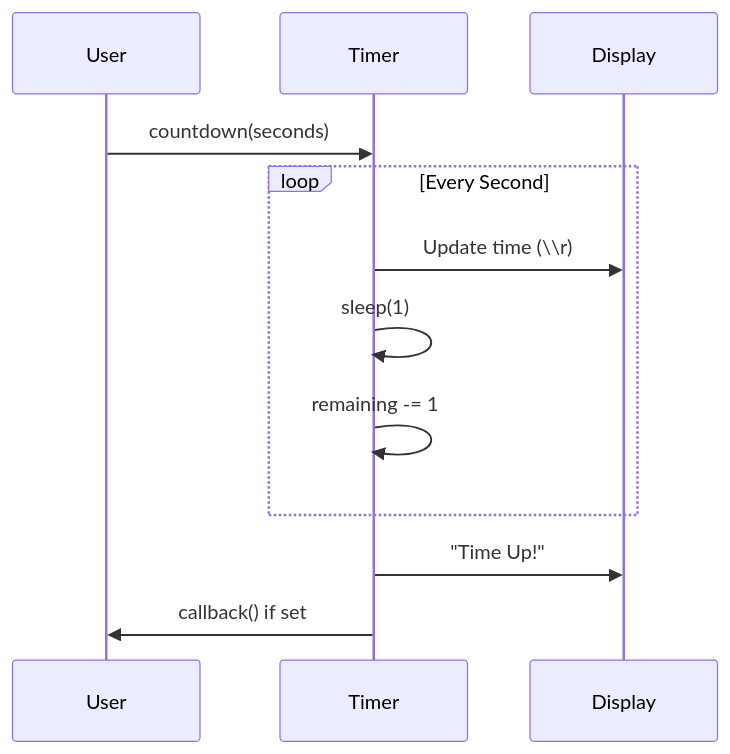
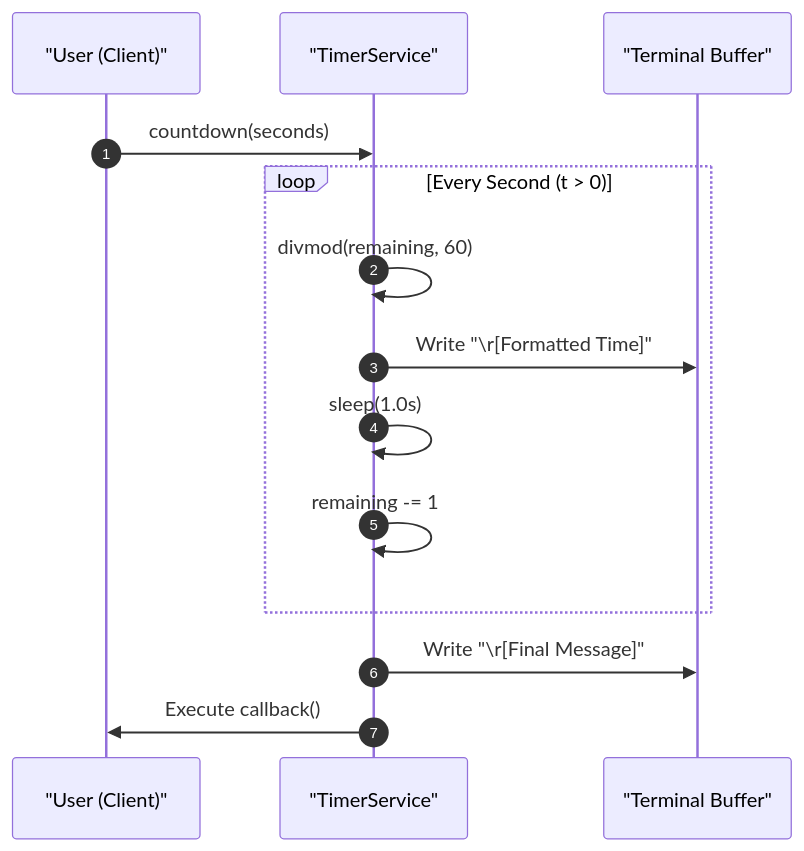
Before and after one commit to Amey-Thakur/PYTHON-SHORTS: the first of 2 diagrams in Source Code/Timer/README.md, drawn with Mermaid. The commit also changed other lines of this file and 1 other file, not shown here.

Commit message:
Python Shorts

````diff
--- a/Source Code/Timer/README.md
+++ b/Source Code/Timer/README.md
@@ -58,15 +61,17 @@
 ```mermaid
 sequenceDiagram
-    participant User
-    participant Timer
-    participant Display
+    autonumber
+    participant U as "User (Client)"
+    participant T as "TimerService"
+    participant D as "Terminal Buffer"
     
-    User->>Timer: countdown(seconds)
-    loop Every Second
-        Timer->>Display: Update time (\\r)
-        Timer->>Timer: sleep(1)
-        Timer->>Timer: remaining -= 1
+    U->>T: countdown(seconds)
+    loop Every Second (t > 0)
+        T->>T: divmod(remaining, 60)
+        T->>D: Write "\r[Formatted Time]"
+        T->>T: sleep(1.0s)
+        T->>T: remaining -= 1
     end
-    Timer->>Display: "Time Up!"
-    Timer->>User: callback() if set
+    T->>D: Write "\r[Final Message]"
+    T->>U: Execute callback()
 ```
````
